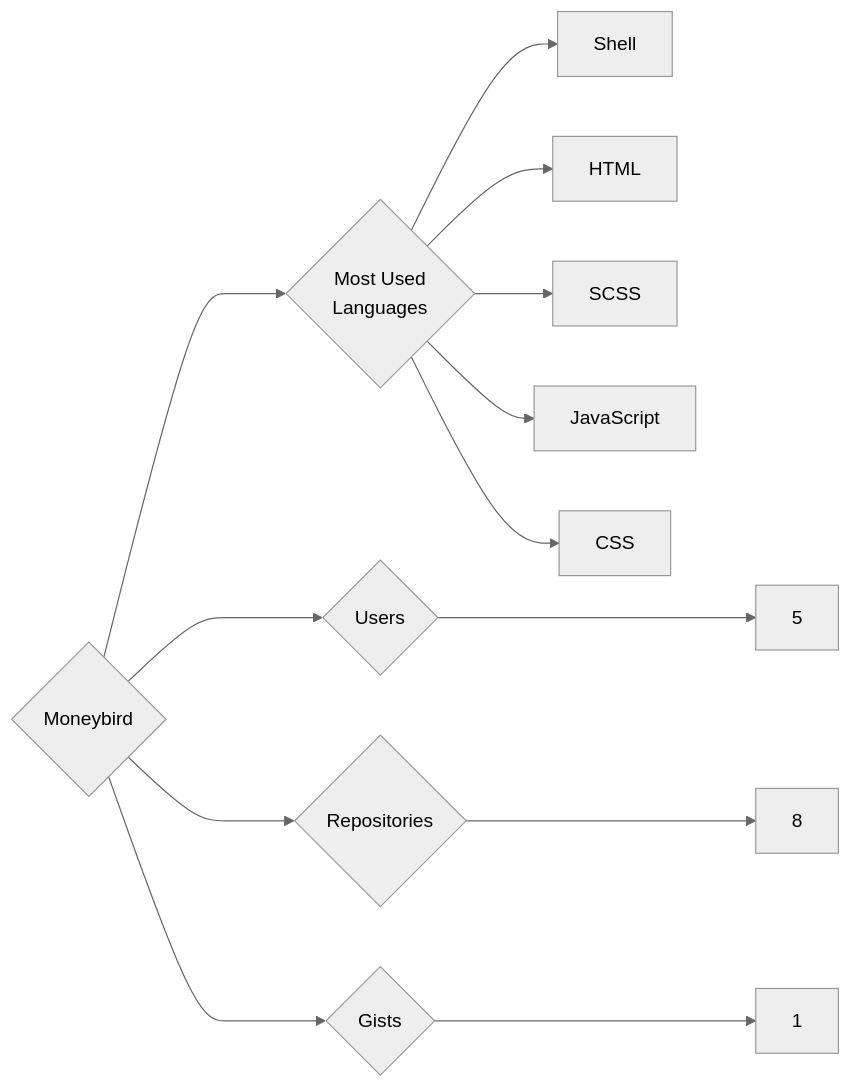
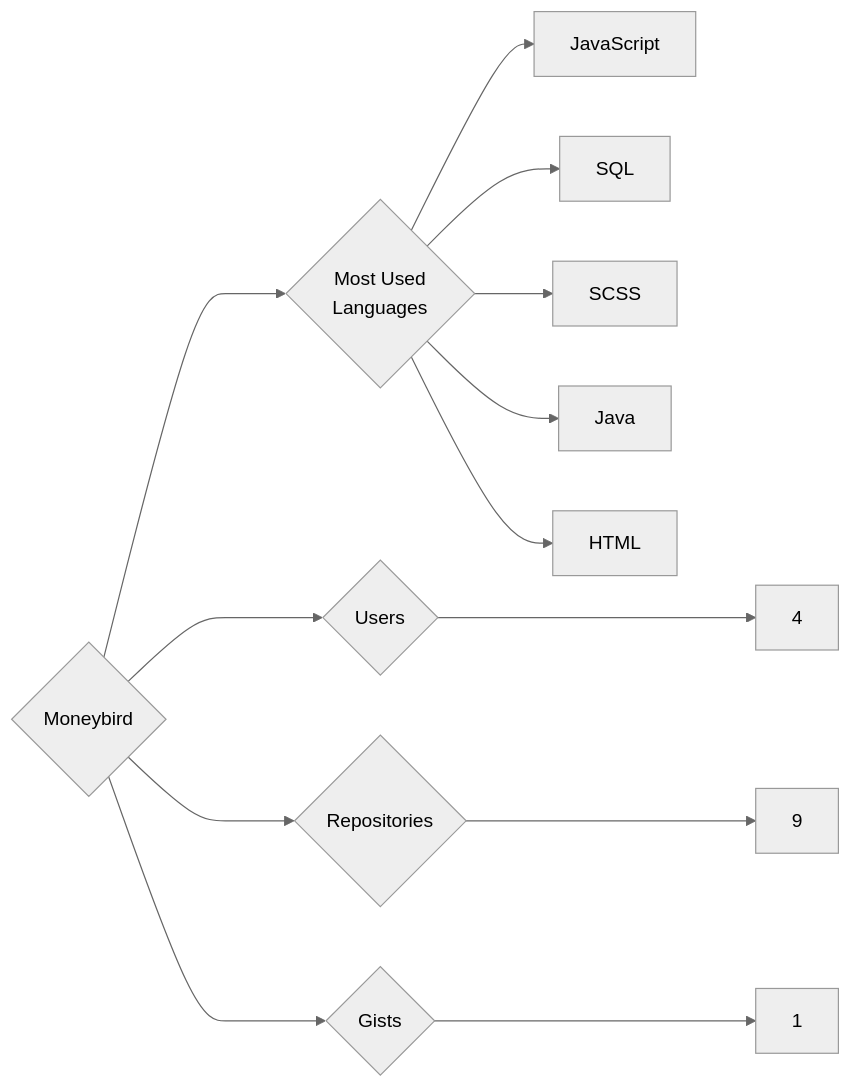
One commit to trickest/insiders changed the diagram in targets/Moneybird/README.md. Above: the diagram before and after it, drawn with Mermaid (neutral theme). The commit also changed 964 other files, not shown here.

````diff
--- a/targets/Moneybird/README.md
+++ b/targets/Moneybird/README.md
@@ -3,13 +3,13 @@
 ```mermaid
 graph LR
 COMPANY_NAME{Moneybird}
-COMPANY_NAME ---> U{Users} ---> UN[5]
-COMPANY_NAME ---> R{Repositories} ---> RN[8]
+COMPANY_NAME ---> U{Users} ---> UN[4]
+COMPANY_NAME ---> R{Repositories} ---> RN[9]
 COMPANY_NAME ---> G{Gists} ---> GN[1]
 COMPANY_NAME ---> ML{Most Used<br>Languages}
-ML --> Shell[Shell]
+ML --> JavaScript[JavaScript]
+ML --> SQL[SQL]
+ML --> SCSS[SCSS]
+ML --> Java[Java]
 ML --> HTML[HTML]
-ML --> SCSS[SCSS]
-ML --> JavaScript[JavaScript]
-ML --> CSS[CSS]
 ```
````
